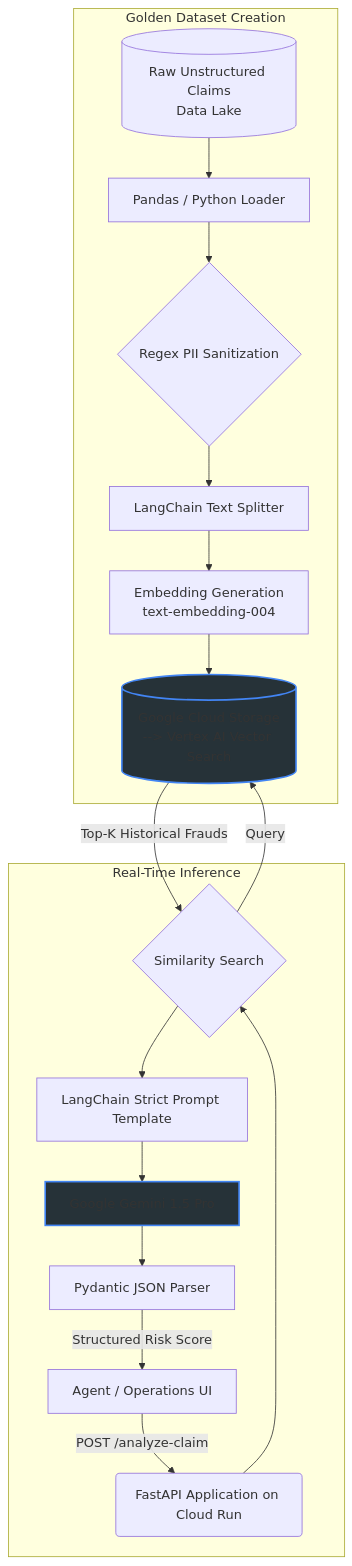
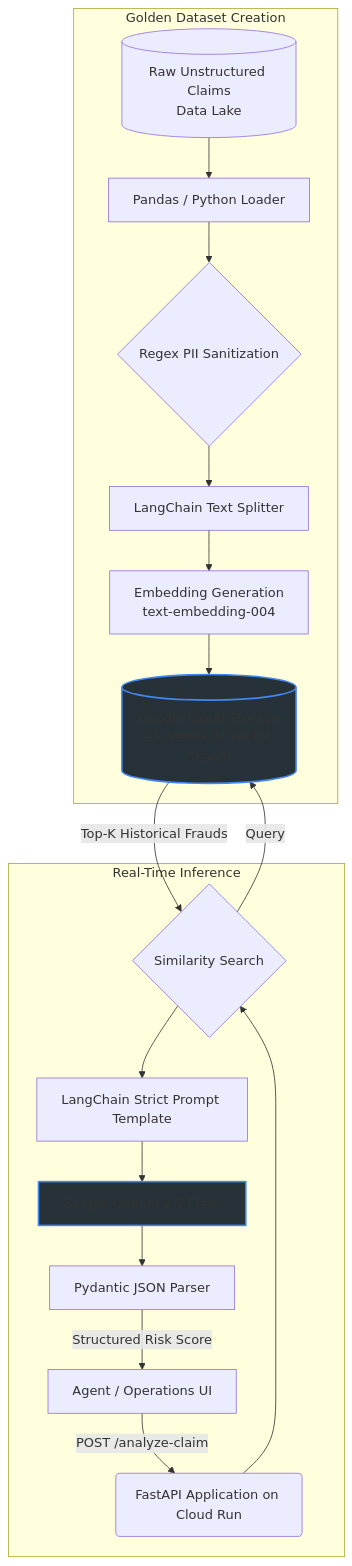
Before and after one commit to ferrosas2/helloworld: the diagram in AI-Systems-Architecture/RO-Fraud/README.md, drawn with Mermaid. The commit also changed other lines of this file and 4 other files, not shown here.

Commit message:
Update docs to reflect Gemini 2.5 Flash, .json format, IAM and document-storage steps

````diff
--- a/AI-Systems-Architecture/RO-Fraud/README.md
+++ b/AI-Systems-Architecture/RO-Fraud/README.md
@@ -10,26 +10,26 @@
 ```mermaid
     graph TD
     %% Offline Pipeline
     subgraph Offline Ingestion Pipeline [Golden Dataset Creation]
         A[(Raw Unstructured Claims\nData Lake)] --> B[Pandas / Python Loader]
         B --> C{Regex PII Sanitization}
         C --> D[LangChain Text Splitter]
         D --> E[Embedding Generation\ntext-embedding-004]
         E --> F[(Google Cloud Storage\n--> Vertex AI Vector Search)]
     end
 
     %% Online API
     subgraph Online RAG API [Real-Time Inference]
         G[Agent / Operations UI] -->|POST /analyze-claim| H(FastAPI Application on Cloud Run)
         H --> I{Similarity Search}
         I -->|Query| F
         F -->|Top-K Historical Frauds| I
         I --> J[LangChain Strict Prompt Template]
-        J --> K[Google Gemini 1.5 Pro]
+        J --> K[Google Gemini 2.5 Flash]
         K --> L[Pydantic JSON Parser]
         L -->|Structured Risk Score| G
     end
     
     classDef GCP fill:#263238,stroke:#4285f4,stroke-width:2px;
     class F,K GCP;
 ```
````
